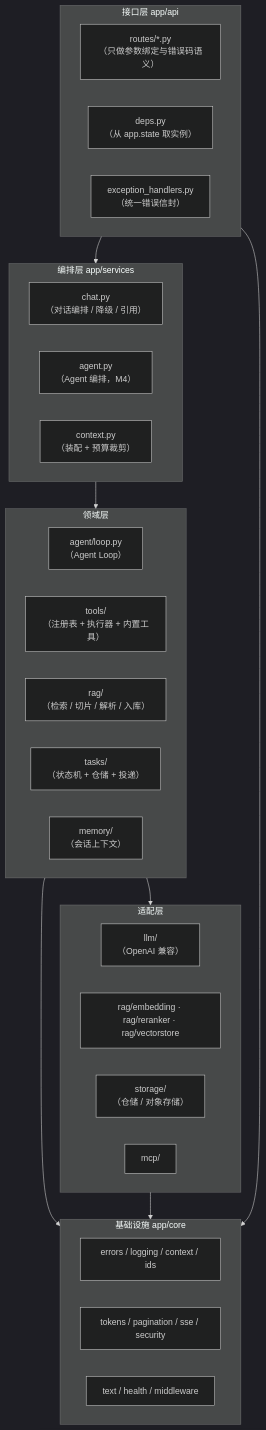
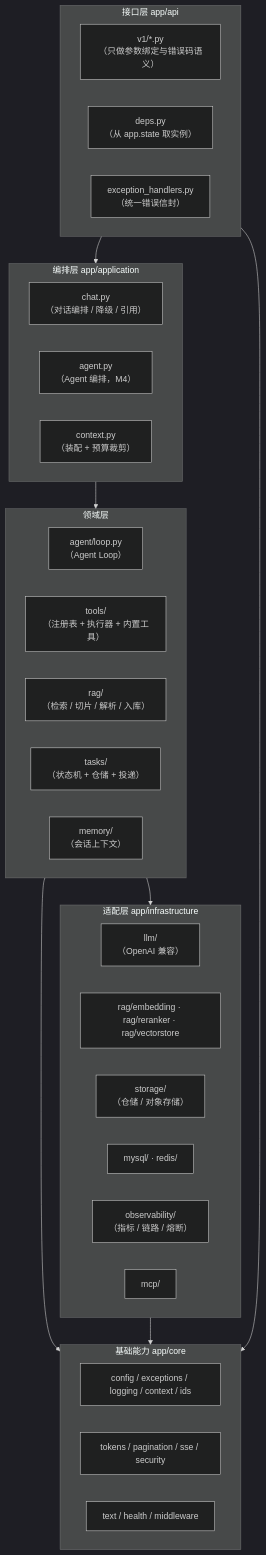
The first of 10 diagrams in ai-platform/docs/13-技术设计说明.md (YunfeiSHU/ai-assistant), drawn with Mermaid (dark theme) before and after one commit. The commit also changed other lines of this file and 12 other files, not shown here.

````diff
--- a/ai-platform/docs/13-技术设计说明.md
+++ b/ai-platform/docs/13-技术设计说明.md
@@ -31,35 +31,37 @@
 ```mermaid
 flowchart TD
     subgraph L1["接口层 app/api"]
-        R1["routes/*.py<br/>（只做参数绑定与错误码语义）"]
+        R1["v1/*.py<br/>（只做参数绑定与错误码语义）"]
         D1["deps.py<br/>（从 app.state 取实例）"]
         E1["exception_handlers.py<br/>（统一错误信封）"]
     end
-    subgraph L2["编排层 app/services"]
+    subgraph L2["编排层 app/application"]
         S1["chat.py<br/>（对话编排 / 降级 / 引用）"]
         S2["agent.py<br/>（Agent 编排，M4）"]
         S3["context.py<br/>（装配 + 预算裁剪）"]
     end
     subgraph L3["领域层"]
         A1["agent/loop.py<br/>（Agent Loop）"]
         T1["tools/<br/>（注册表 + 执行器 + 内置工具）"]
         G1["rag/<br/>（检索 / 切片 / 解析 / 入库）"]
         K1["tasks/<br/>（状态机 + 仓储 + 投递）"]
         M1["memory/<br/>（会话上下文）"]
     end
-    subgraph L4["适配层"]
+    subgraph L4["适配层 app/infrastructure"]
         L41["llm/<br/>（OpenAI 兼容）"]
         L42["rag/embedding · rag/reranker · rag/vectorstore"]
         L43["storage/<br/>（仓储 / 对象存储）"]
-        L44["mcp/"]
+        L44["mysql/ · redis/"]
+        L45["observability/<br/>（指标 / 链路 / 熔断）"]
+        L46["mcp/"]
     end
-    subgraph L5["基础设施 app/core"]
-        C1["errors / logging / context / ids"]
+    subgraph L5["基础能力 app/core"]
+        C1["config / exceptions / logging / context / ids"]
         C2["tokens / pagination / sse / security"]
         C3["text / health / middleware"]
     end
     L1 --> L2 --> L3 --> L4
     L3 --> L5
     L4 --> L5
     L1 --> L5
 ```
````
